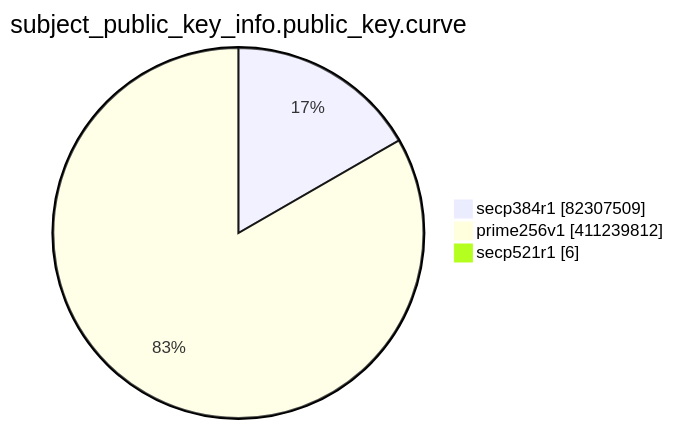
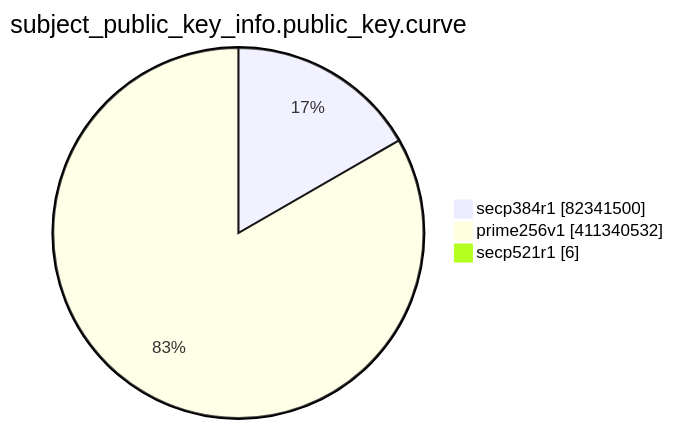
The eighth of 15 diagrams in TOTAL/README.md (christiankrug/ctmonitor_visualization), drawn with Mermaid before and after one commit. The commit also changed other lines of this file, not shown here.

````diff
--- a/TOTAL/README.md
+++ b/TOTAL/README.md
@@ -3097,7 +3097,7 @@
 ```mermaid
 pie showData
 title subject_public_key_info.public_key.curve
-"secp384r1" :82307509
-"prime256v1" :411239812
+"secp384r1" :82341500
+"prime256v1" :411340532
 "secp521r1" :6
 ```
````
